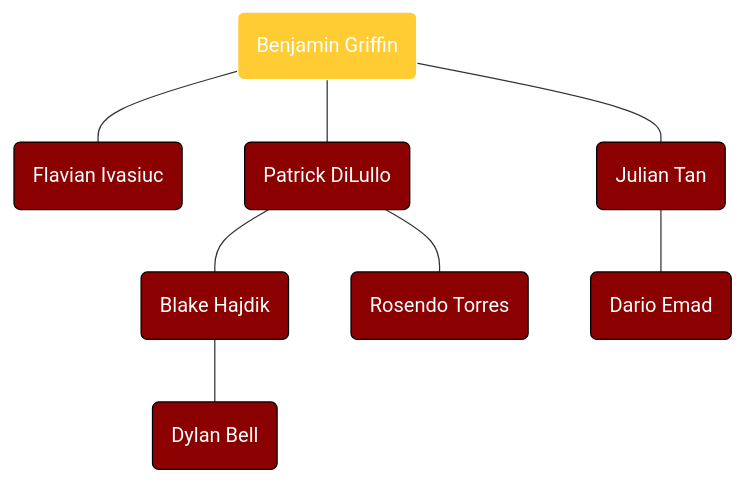
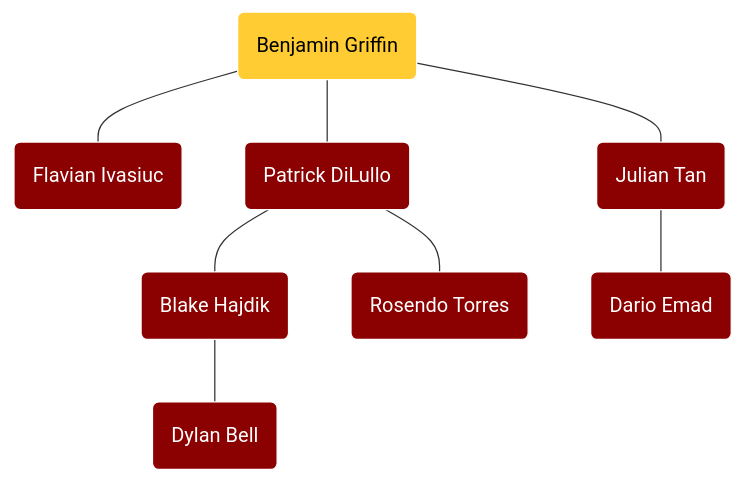
One commit to gianlezotte/familytree changed the diagram in Benjamin Griffin's Line.md. Above: the diagram before and after it, drawn with Mermaid. The commit also changed 18 other files, not shown here.

````diff
--- a/Benjamin Griffin's Line.md
+++ b/Benjamin Griffin's Line.md
@@ -1,18 +1,18 @@
 ```mermaid
 flowchart TD
 
 %% Colors %%
 
-classDef red fill:#8B0000,stroke:#000,color:#FFF
-classDef gold fill:#FFCC33,stroke:#FFF,color:#FFF
+classDef red fill:#8B0000,stroke:#FFF,color:#FFF
+classDef gold fill:#FFCC33,stroke:#FFF,color:#000
 
 %% Benjamin Griffin's Line %%
 M211(Benjamin Griffin):::gold---M250 & M259 & M262
 M250(Flavian Ivasiuc):::red
 M259(Patrick DiLullo):::red---M279 & M295
 M262(Julian Tan):::red---M278
 M278(Dario Emad):::red
 M279(Blake Hajdik):::red---M312
 M295(Rosendo Torres):::red
 M312(Dylan Bell):::red
 ```
````
